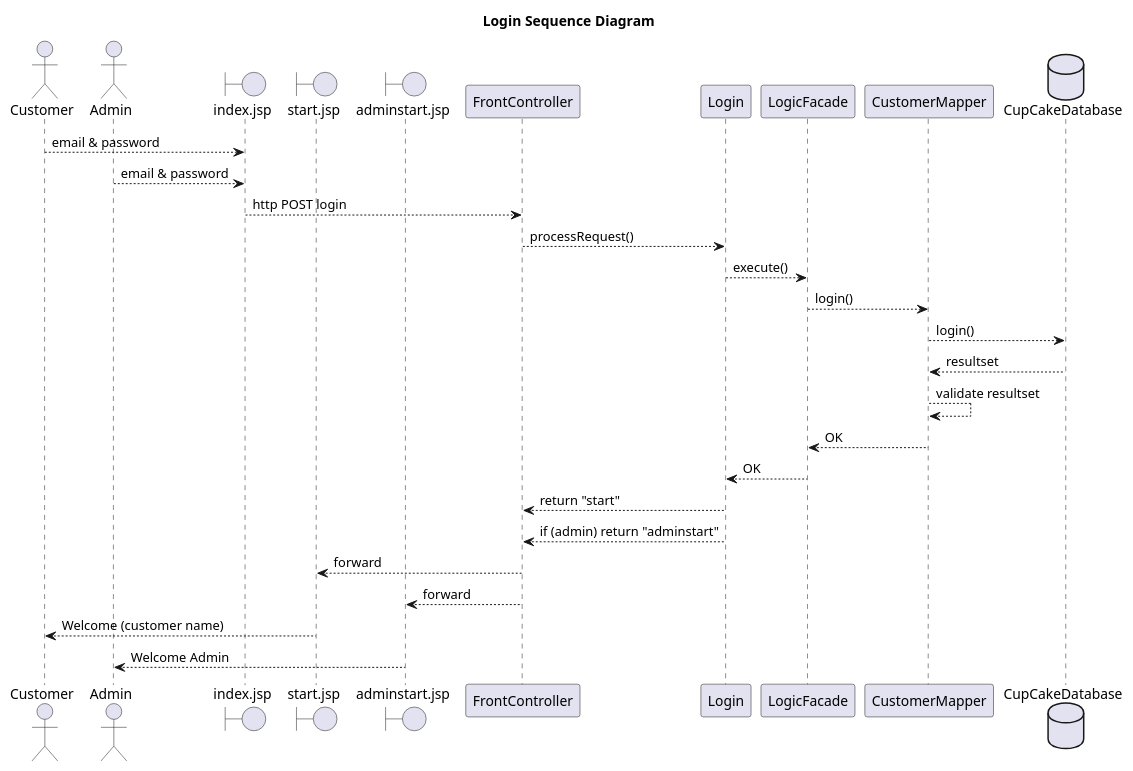
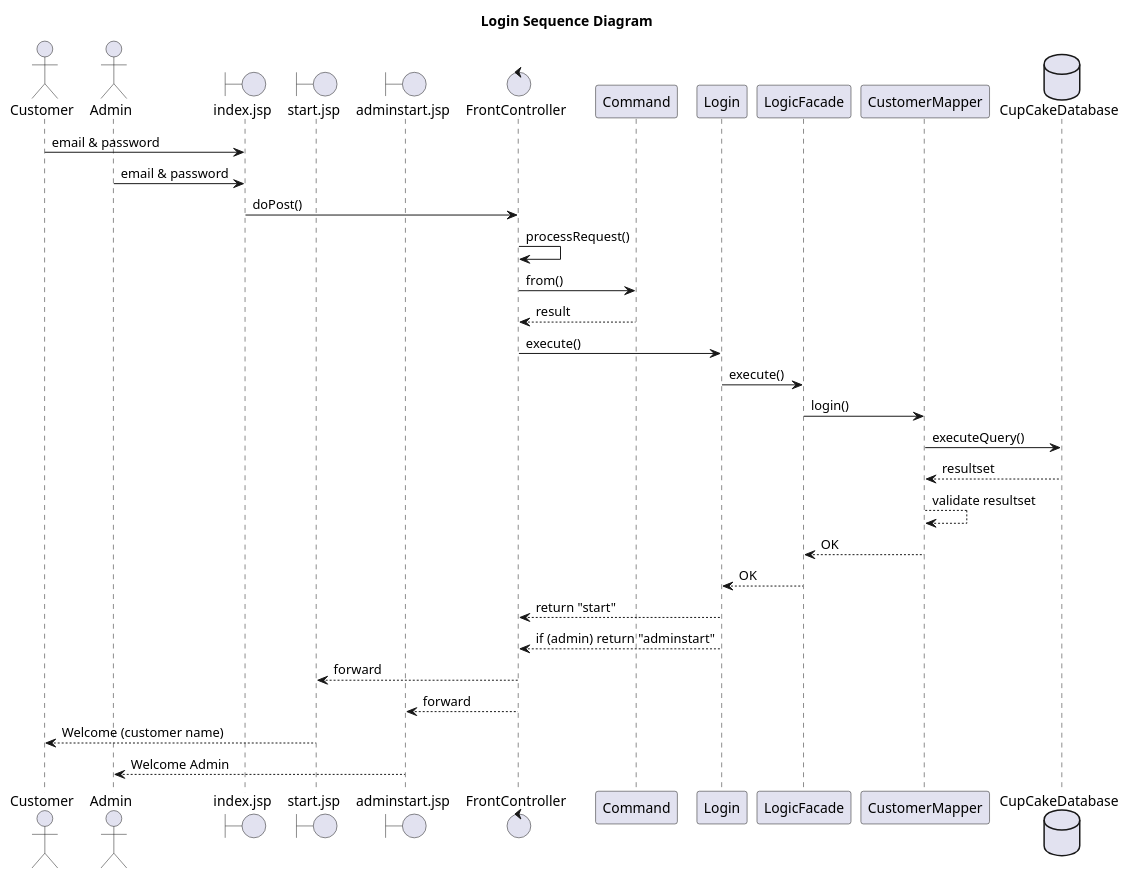
The diagram in src/main/PlantUML Diagrams/Sequence Diagrams/Login Sequence Diagram.puml (benskov95/Cupcake_Webshop), drawn with PlantUML before and after one commit. The commit also changed 4 other files, not shown here.

Commit message:
Tilføjet alle mapper metoder til LogicFacade, UML diagrammer er ikke færdige

```diff
--- a/src/main/PlantUML Diagrams/Sequence Diagrams/Login Sequence Diagram.puml
+++ b/src/main/PlantUML Diagrams/Sequence Diagrams/Login Sequence Diagram.puml
@@ -1,31 +1,35 @@
 @startuml
 Title Login Sequence Diagram
 actor Customer
 actor Admin
 boundary index.jsp
 boundary start.jsp
 boundary adminstart.jsp
-participant FrontController
+control FrontController
+participant Command
 participant Login
 participant LogicFacade
 participant CustomerMapper
 database CupCakeDatabase
 
-Customer --> index.jsp : email & password
-Admin --> index.jsp : email & password
-index.jsp --> FrontController : http POST login
-FrontController --> Login : processRequest()
-Login --> LogicFacade : execute()
-LogicFacade --> CustomerMapper : login()
-CustomerMapper --> CupCakeDatabase : login()
+Customer -> index.jsp : email & password
+Admin -> index.jsp : email & password
+index.jsp -> FrontController : doPost()
+FrontController -> FrontController : processRequest()
+FrontController -> Command : from()
+Command --> FrontController : result
+FrontController -> Login : execute()
+Login -> LogicFacade : execute()
+LogicFacade -> CustomerMapper : login()
+CustomerMapper -> CupCakeDatabase : executeQuery()
 CupCakeDatabase --> CustomerMapper : resultset
 CustomerMapper --> CustomerMapper : validate resultset
 CustomerMapper --> LogicFacade : OK
 LogicFacade --> Login : OK
 Login --> FrontController : return "start"
 Login --> FrontController : if (admin) return "adminstart"
 FrontController --> start.jsp : forward
 FrontController --> adminstart.jsp : forward
 start.jsp --> Customer : Welcome (customer name)
 adminstart.jsp --> Admin : Welcome Admin
 @enduml
```
